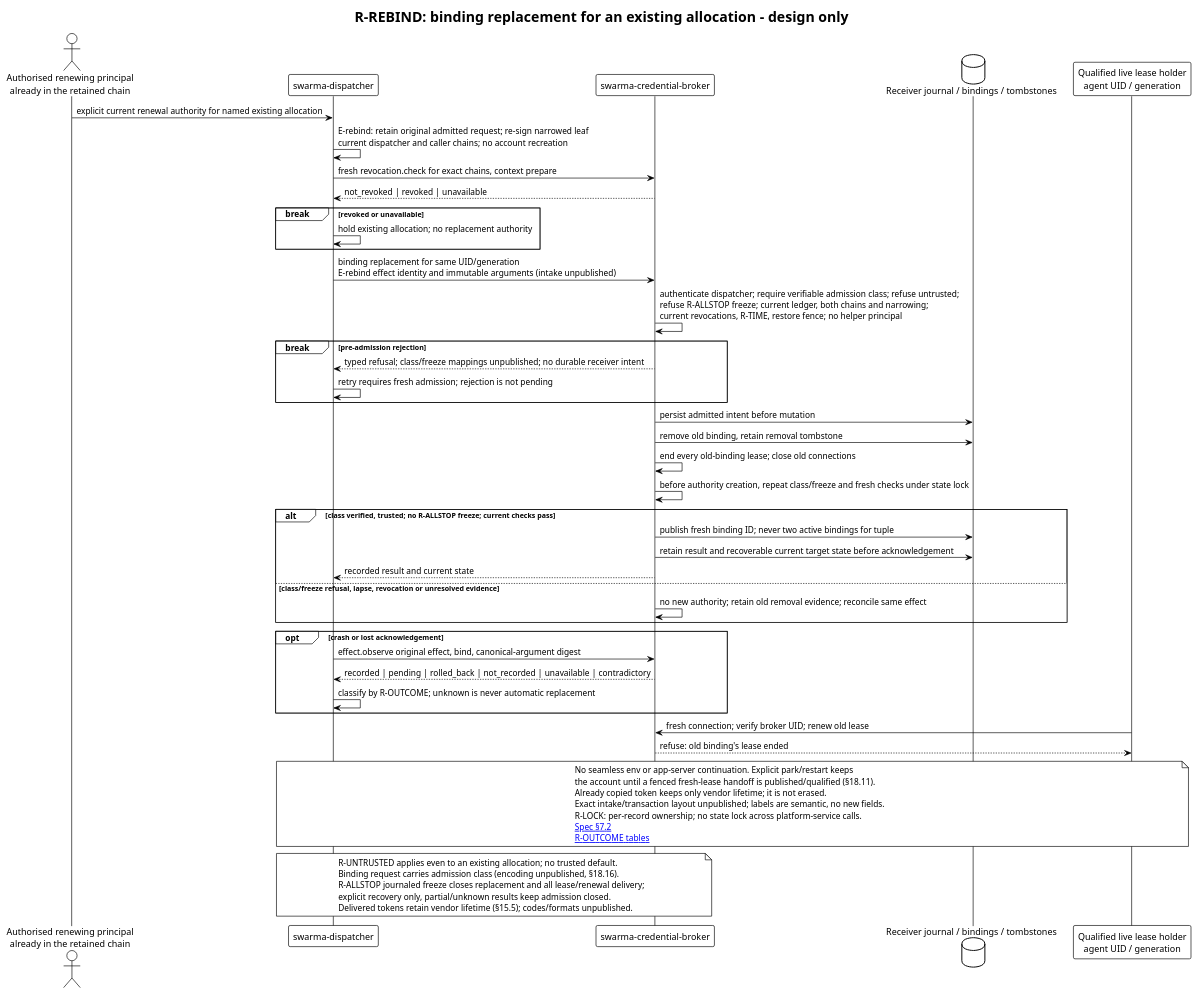
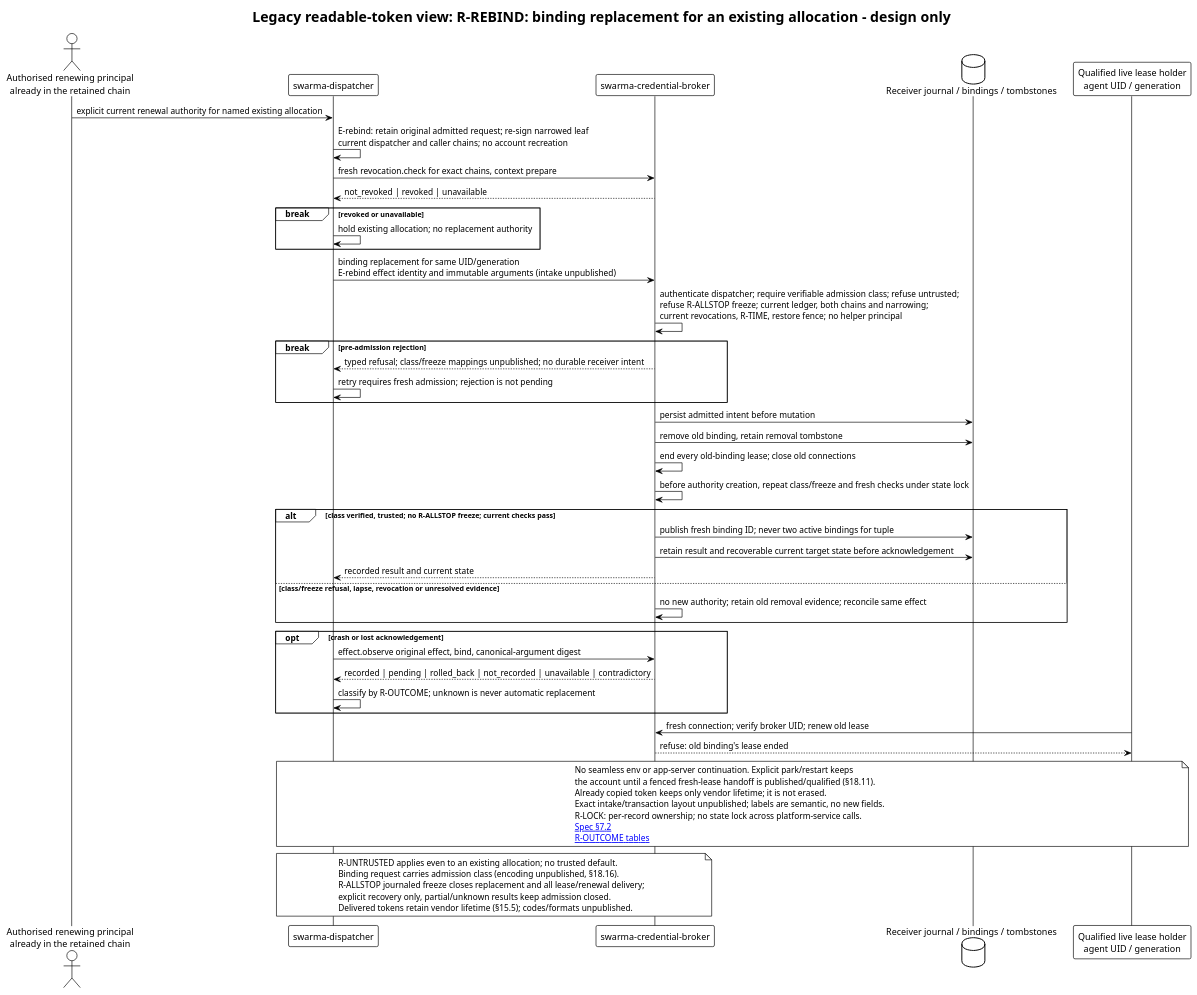
One commit to relux-works/swarma-credential-broker changed the first of 2 diagrams in diagrams/binding-replacement.puml. Above: the diagram before and after it, drawn with PlantUML. The commit also changed other lines of this file and 22 other files, not shown here.

```diff
--- a/diagrams/binding-replacement.puml
+++ b/diagrams/binding-replacement.puml
@@ -1,56 +1,56 @@
 @startuml binding-replacement
 !theme plain
-title R-REBIND: binding replacement for an existing allocation - design only
+title Legacy readable-token view: R-REBIND: binding replacement for an existing allocation - design only
 actor "Authorised renewing principal\nalready in the retained chain" as P
 participant "swarma-dispatcher" as D
 participant "swarma-credential-broker" as B
 database "Receiver journal / bindings / tombstones" as S
 participant "Qualified live lease holder\nagent UID / generation" as E
 P -> D: explicit current renewal authority for named existing allocation
 D -> D: E-rebind: retain original admitted request; re-sign narrowed leaf\ncurrent dispatcher and caller chains; no account recreation
 D -> B: fresh revocation.check for exact chains, context prepare
 B --> D: not_revoked | revoked | unavailable
 break revoked or unavailable
   D -> D: hold existing allocation; no replacement authority
 end
 D -> B: binding replacement for same UID/generation\nE-rebind effect identity and immutable arguments (intake unpublished)
 B -> B: authenticate dispatcher; require verifiable admission class; refuse untrusted;\nrefuse R-ALLSTOP freeze; current ledger, both chains and narrowing;\ncurrent revocations, R-TIME, restore fence; no helper principal
 break pre-admission rejection
   B --> D: typed refusal; class/freeze mappings unpublished; no durable receiver intent
   D -> D: retry requires fresh admission; rejection is not pending
 end
 B -> S: persist admitted intent before mutation
 B -> S: remove old binding, retain removal tombstone
 B -> B: end every old-binding lease; close old connections
 B -> B: before authority creation, repeat class/freeze and fresh checks under state lock
 alt class verified, trusted; no R-ALLSTOP freeze; current checks pass
   B -> S: publish fresh binding ID; never two active bindings for tuple
   B -> S: retain result and recoverable current target state before acknowledgement
   B --> D: recorded result and current state
 else class/freeze refusal, lapse, revocation or unresolved evidence
   B -> B: no new authority; retain old removal evidence; reconcile same effect
 end
 opt crash or lost acknowledgement
   D -> B: effect.observe original effect, bind, canonical-argument digest
   B --> D: recorded | pending | rolled_back | not_recorded | unavailable | contradictory
   D -> D: classify by R-OUTCOME; unknown is never automatic replacement
 end
 E -> B: fresh connection; verify broker UID; renew old lease
 B --> E: refuse: old binding's lease ended
 note over D,E
   No seamless env or app-server continuation. Explicit park/restart keeps
   the account until a fenced fresh-lease handoff is published/qualified (§18.11).
   Already copied token keeps only vendor lifetime; it is not erased.
   Exact intake/transaction layout unpublished; labels are semantic, no new fields.
   R-LOCK: per-record ownership; no state lock across platform-service calls.
   [[../spec/broker.md#72-creating-and-removing Spec §7.2]]
   [[../spec/broker.md#132-methods R-OUTCOME tables]]
 end note
 note over D,B
   R-UNTRUSTED applies even to an existing allocation; no trusted default.
   Binding request carries admission class (encoding unpublished, §18.16).
   R-ALLSTOP journaled freeze closes replacement and all lease/renewal delivery;
   explicit recovery only, partial/unknown results keep admission closed.
   Delivered tokens retain vendor lifetime (§15.5); codes/formats unpublished.
 end note
 @enduml
```
